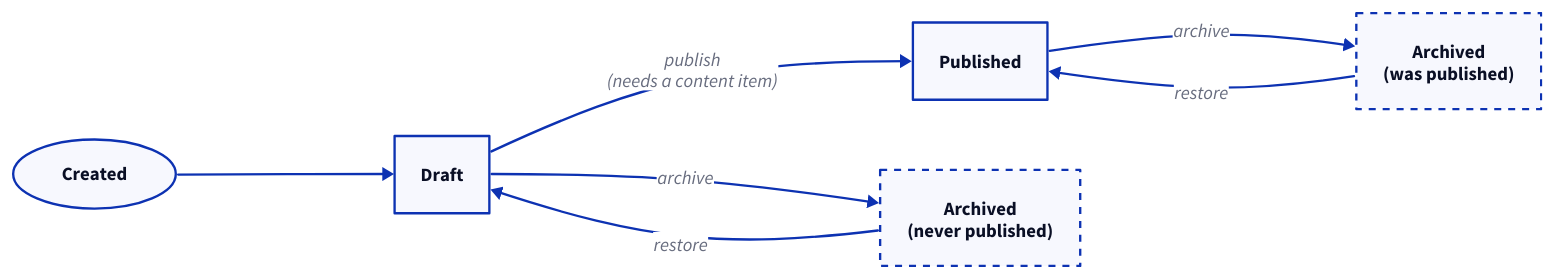
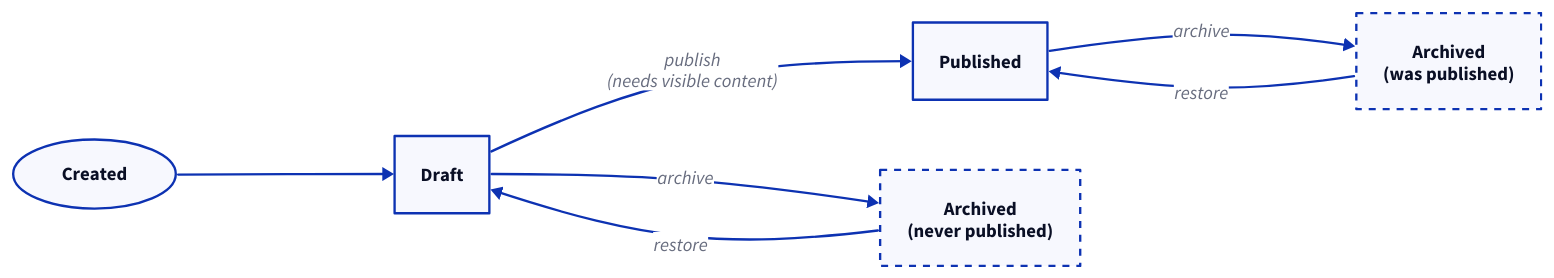
The first of 3 diagrams in docs/src/content/docs/en/design/live-course-editing.mdx (AlexTo/Wattle-LMS), drawn with D2 before and after one commit. The commit also changed other lines of this file and 2 other files, not shown here.

First line of the commit message:
fix(instructor-api): publish a course only when it has content students will see

````diff
--- a/docs/src/content/docs/en/design/live-course-editing.mdx
+++ b/docs/src/content/docs/en/design/live-course-editing.mdx
@@ -18,16 +18,16 @@
 ```d2 title="Lifecycle of a course: a draft is published once it has content; archiving keeps whether it was ever published, and restore returns it there"
 direction: right
 
 new: "Created" {shape: oval}
 draft: Draft
 published: Published
 archived_draft: "Archived\n(never published)" {style.stroke-dash: 3}
 archived_published: "Archived\n(was published)" {style.stroke-dash: 3}
 
 new -> draft
-draft -> published: "publish\n(needs a content item)"
+draft -> published: "publish\n(needs visible content)"
 draft -> archived_draft: archive
 published -> archived_published: archive
 archived_draft -> draft: restore
 archived_published -> published: restore
 ```
````
